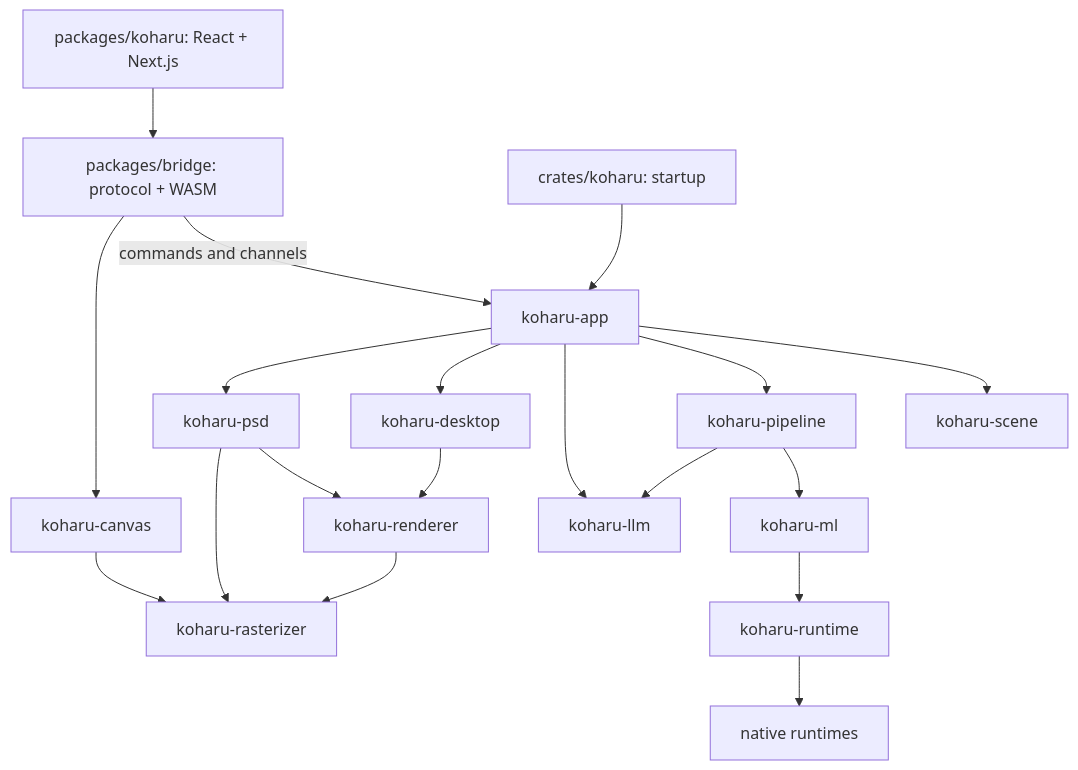
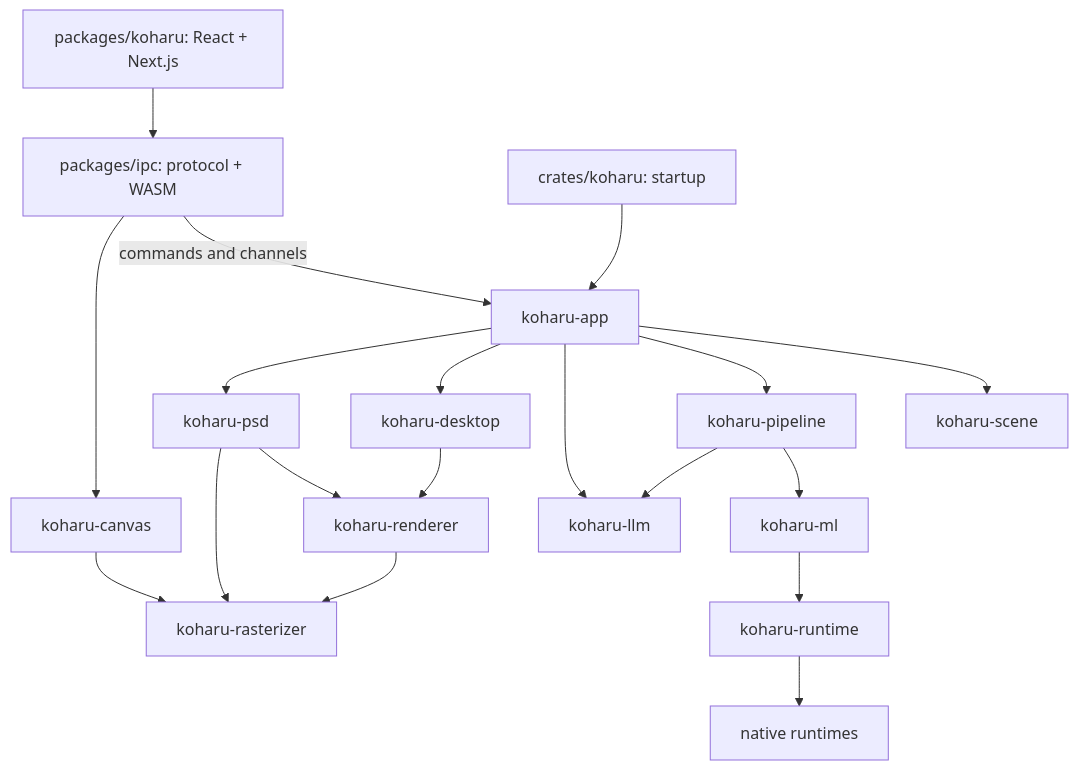
The diagram in packages/docs/development/architecture.mdx (Endymi0n74/Koharu), drawn with Mermaid before and after one commit. The commit also changed other lines of this file and 76 other files, not shown here.

Commit message:
refactor!: own the window on the main thread, trace every command through headers and every run in the pipeline, name commands verb plus noun, rename the bridge package to ipc, and list projects by last change

````diff
--- a/packages/docs/development/architecture.mdx
+++ b/packages/docs/development/architecture.mdx
@@ -9,14 +9,14 @@
 ```mermaid
 flowchart TB
-  ui["packages/koharu: React + Next.js"] --> bridge["packages/bridge: protocol + WASM"]
+  ui["packages/koharu: React + Next.js"] --> ipc["packages/ipc: protocol + WASM"]
   entry["crates/koharu: startup"] --> app["koharu-app"]
-  bridge -->|"commands and channels"| app
+  ipc -->|"commands and channels"| app
   app --> scene["koharu-scene"]
   app --> pipeline["koharu-pipeline"] --> ml["koharu-ml"] --> runtime["koharu-runtime"] --> native["native runtimes"]
   app --> llm["koharu-llm"]
   pipeline --> llm
   app --> desktop["koharu-desktop"] --> renderer["koharu-renderer"] --> rasterizer["koharu-rasterizer"]
-  bridge --> canvas["koharu-canvas"] --> rasterizer
+  ipc --> canvas["koharu-canvas"] --> rasterizer
   app --> psd["koharu-psd"] --> renderer
   psd --> rasterizer
 ```
````
